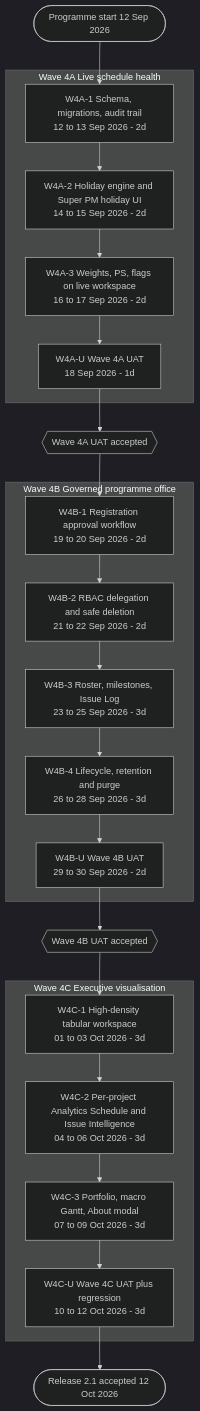
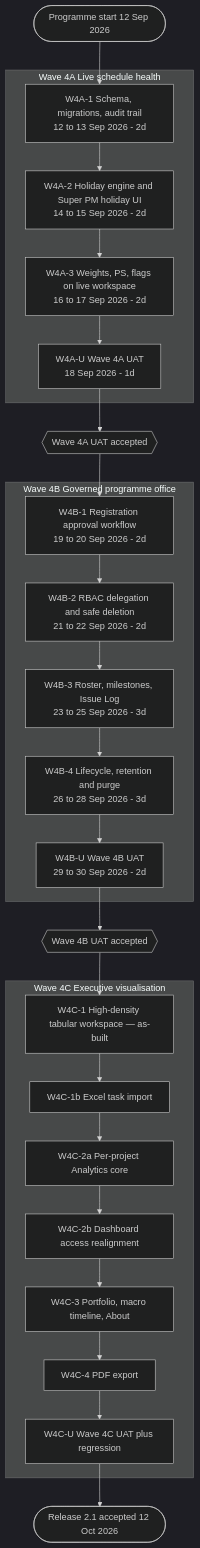
Before and after one commit to yugoananda-pg/simple-project-task-tracker-v21-cursor: the fourth of 4 diagrams in doc/dev_plan.md, drawn with Mermaid (dark theme). The commit also changed other lines of this file and 93 other files, not shown here.

Commit message:
Ship Wave 4C-1 to 4C-3: task list, Excel import, analytics, portfolio, About.

````diff
--- a/doc/dev_plan.md
+++ b/doc/dev_plan.md
@@ -1082,31 +1098,34 @@
 ```mermaid
 flowchart TD
     Start([Programme start 12 Sep 2026]) --> A1
     subgraph W4A[Wave 4A Live schedule health]
         A1["W4A-1 Schema, migrations, audit trail<br/>12 to 13 Sep 2026 - 2d"]
         A2["W4A-2 Holiday engine and Super PM holiday UI<br/>14 to 15 Sep 2026 - 2d"]
         A3["W4A-3 Weights, PS, flags on live workspace<br/>16 to 17 Sep 2026 - 2d"]
         AU["W4A-U Wave 4A UAT<br/>18 Sep 2026 - 1d"]
         A1 --> A2 --> A3 --> AU
     end
     AU --> GateA{{Wave 4A UAT accepted}}
     GateA --> B1
     subgraph W4B[Wave 4B Governed programme office]
         B1["W4B-1 Registration approval workflow<br/>19 to 20 Sep 2026 - 2d"]
         B2["W4B-2 RBAC delegation and safe deletion<br/>21 to 22 Sep 2026 - 2d"]
         B3["W4B-3 Roster, milestones, Issue Log<br/>23 to 25 Sep 2026 - 3d"]
         B4["W4B-4 Lifecycle, retention and purge<br/>26 to 28 Sep 2026 - 3d"]
         BU["W4B-U Wave 4B UAT<br/>29 to 30 Sep 2026 - 2d"]
         B1 --> B2 --> B3 --> B4 --> BU
     end
     BU --> GateB{{Wave 4B UAT accepted}}
     GateB --> C1
     subgraph W4C[Wave 4C Executive visualisation]
-        C1["W4C-1 High-density tabular workspace<br/>01 to 03 Oct 2026 - 3d"]
-        C2["W4C-2 Per-project Analytics Schedule and Issue Intelligence<br/>04 to 06 Oct 2026 - 3d"]
-        C3["W4C-3 Portfolio, macro Gantt, About modal<br/>07 to 09 Oct 2026 - 3d"]
-        CU["W4C-U Wave 4C UAT plus regression<br/>10 to 12 Oct 2026 - 3d"]
-        C1 --> C2 --> C3 --> CU
+        C1["W4C-1 High-density tabular workspace — as-built"]
+        C1b["W4C-1b Excel task import"]
+        C2a["W4C-2a Per-project Analytics core"]
+        C2b["W4C-2b Dashboard access realignment"]
+        C3["W4C-3 Portfolio, macro timeline, About"]
+        C4["W4C-4 PDF export"]
+        CU["W4C-U Wave 4C UAT plus regression"]
+        C1 --> C1b --> C2a --> C2b --> C3 --> C4 --> CU
     end
     CU --> Done([Release 2.1 accepted 12 Oct 2026])
 ```
````
